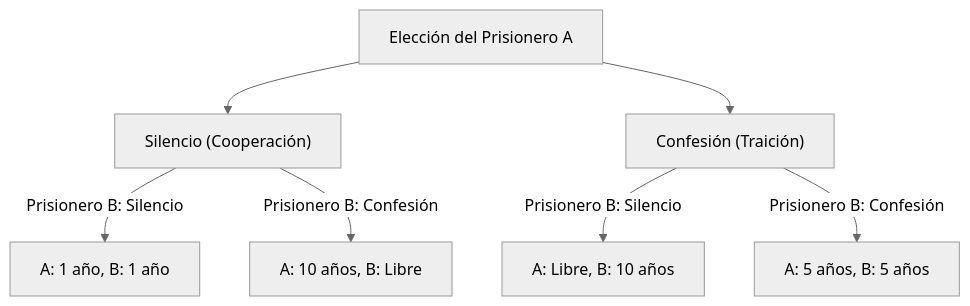
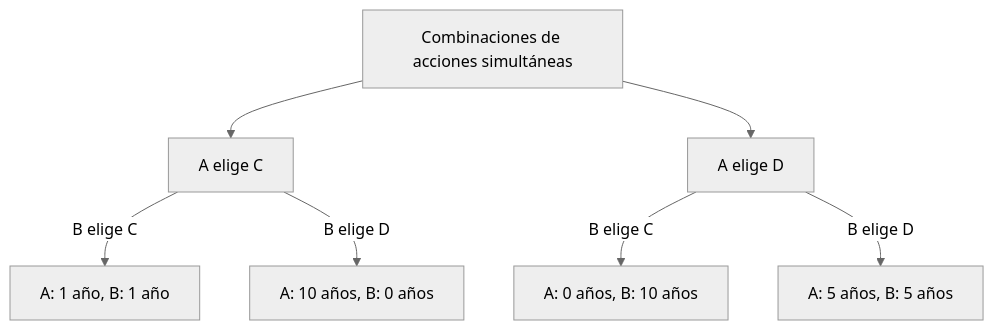
One commit to kenjinote/blog changed the first of 2 diagrams in content/post/paradox-prisoners-dilemma/index.es.md. Above: the diagram before and after it, drawn with Mermaid (neutral theme). The commit also changed other lines of this file and 9 other files, not shown here.

````diff
--- a/content/post/paradox-prisoners-dilemma/index.es.md
+++ b/content/post/paradox-prisoners-dilemma/index.es.md
@@ -38,12 +35,9 @@
 ```mermaid
 graph TD
-    A["Elección del Prisionero A"]
-    B["Silencio (Cooperación)"]
-    C["Confesión (Traición)"]
-    A --> B
-    A --> C
-    B -- "Prisionero B: Silencio" --> D["A: 1 año, B: 1 año"]
-    B -- "Prisionero B: Confesión" --> E["A: 10 años, B: Libre"]
-    C -- "Prisionero B: Silencio" --> F["A: Libre, B: 10 años"]
-    C -- "Prisionero B: Confesión" --> G["A: 5 años, B: 5 años"]
+    Start["Combinaciones de acciones simultáneas"] --> AC["A elige C"]
+    Start --> AD["A elige D"]
+    AC -->|"B elige C"| CC["A: 1 año, B: 1 año"]
+    AC -->|"B elige D"| CD["A: 10 años, B: 0 años"]
+    AD -->|"B elige C"| DC["A: 0 años, B: 10 años"]
+    AD -->|"B elige D"| DD["A: 5 años, B: 5 años"]
 ```
````
